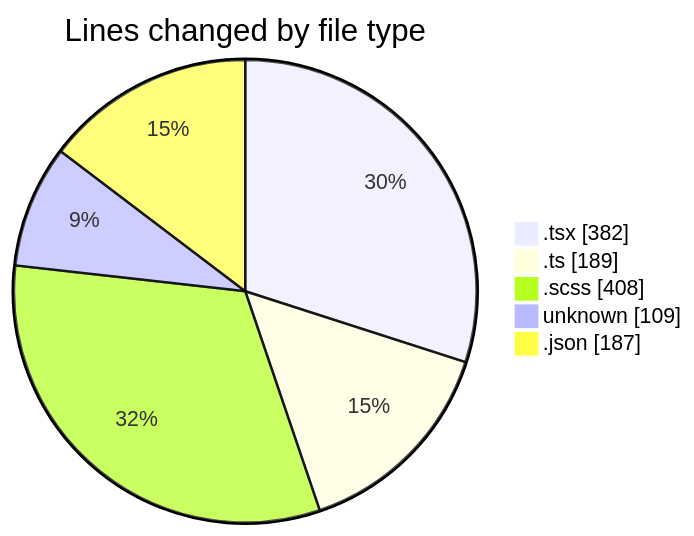
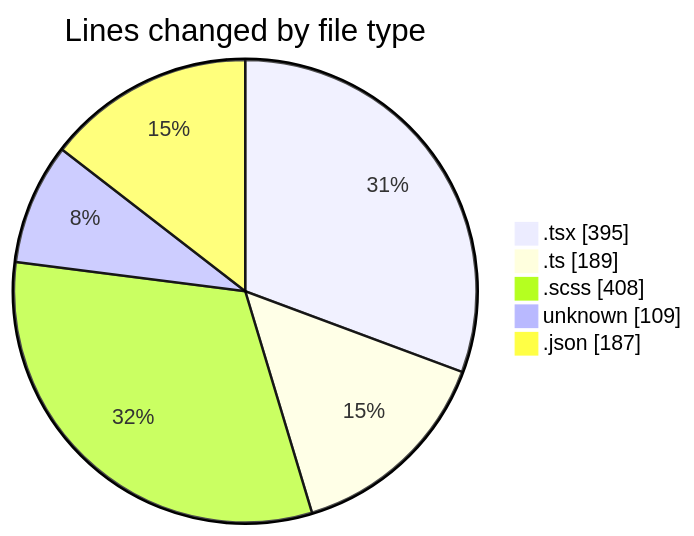
One commit to momahboobian/code-tracking changed the first of 2 diagrams in 2026-04-15/cda/README.md. Above: the diagram before and after it, drawn with Mermaid. The commit also changed other lines of this file and 1 other file, not shown here.

````diff
--- a/2026-04-15/cda/README.md
+++ b/2026-04-15/cda/README.md
@@ -33,9 +33,9 @@
 ```mermaid
 pie showData
 title Lines changed by file type
-".tsx" : 382
+".tsx" : 395
 ".ts" : 189
 ".scss" : 408
 "unknown" : 109
 ".json" : 187
 ```
````
